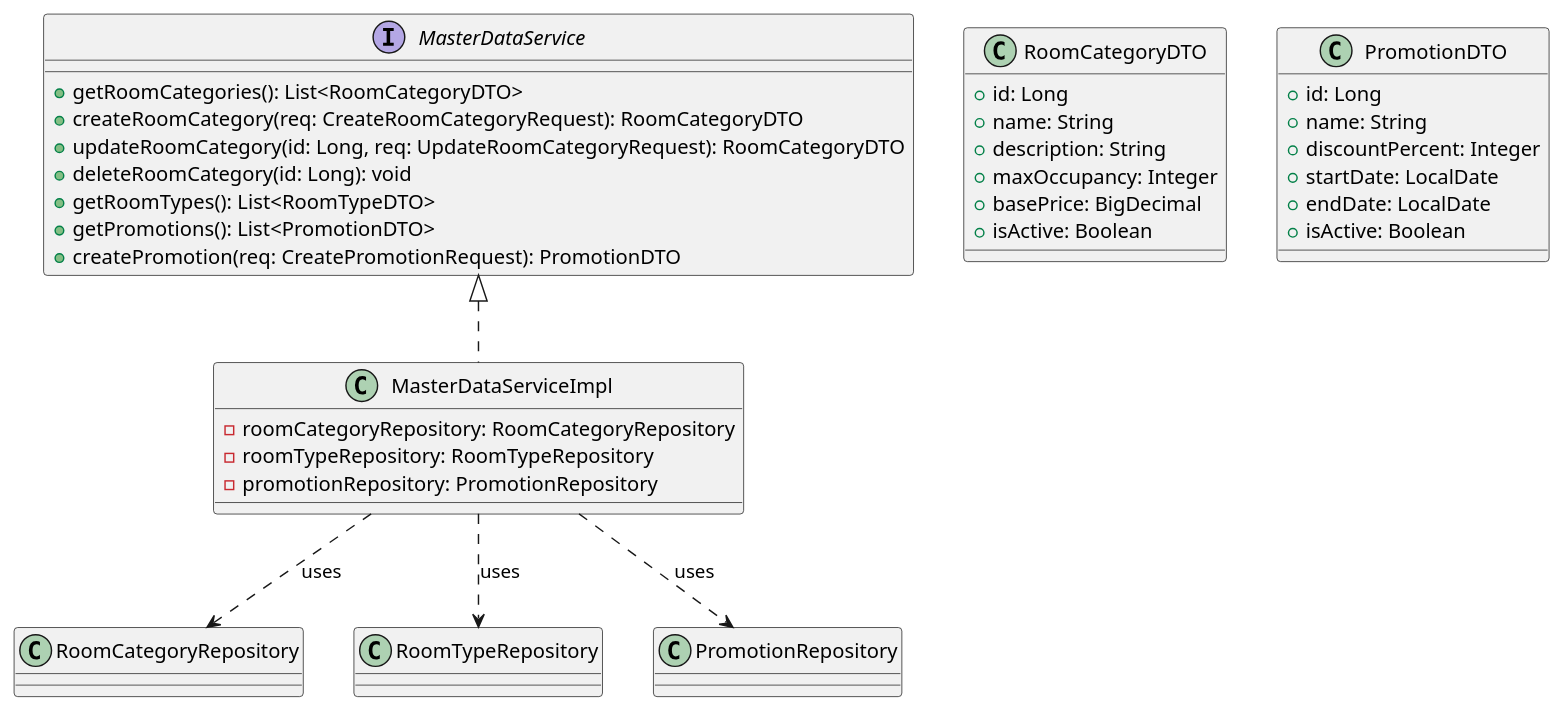
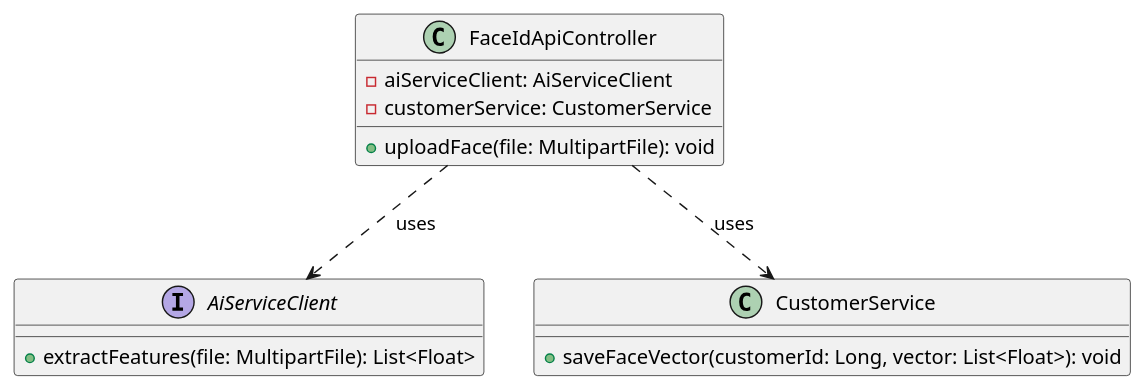
Before and after one commit to Luuxinhxinh/hoanien-resort: the first of 2 diagrams in 06-Testing/mod1_auth/uc04/EDS_uc04_SPEC.md, drawn with PlantUML. The commit also changed other lines of this file and 81 other files, not shown here.

````diff
--- a/06-Testing/mod1_auth/uc04/EDS_uc04_SPEC.md
+++ b/06-Testing/mod1_auth/uc04/EDS_uc04_SPEC.md
@@ -116,41 +111,20 @@
 ```plantuml
 @startuml
-interface MasterDataService {
-  +getRoomCategories(): List<RoomCategoryDTO>
-  +createRoomCategory(req: CreateRoomCategoryRequest): RoomCategoryDTO
-  +updateRoomCategory(id: Long, req: UpdateRoomCategoryRequest): RoomCategoryDTO
-  +deleteRoomCategory(id: Long): void
-  +getRoomTypes(): List<RoomTypeDTO>
-  +getPromotions(): List<PromotionDTO>
-  +createPromotion(req: CreatePromotionRequest): PromotionDTO
+interface AiServiceClient {
+  +extractFeatures(file: MultipartFile): List<Float>
 }
 
-class MasterDataServiceImpl implements MasterDataService {
-  -roomCategoryRepository: RoomCategoryRepository
-  -roomTypeRepository: RoomTypeRepository
-  -promotionRepository: PromotionRepository
+class FaceIdApiController {
+  -aiServiceClient: AiServiceClient
+  -customerService: CustomerService
+  +uploadFace(file: MultipartFile): void
 }
 
-class RoomCategoryDTO {
-  +id: Long
-  +name: String
-  +description: String
-  +maxOccupancy: Integer
-  +basePrice: BigDecimal
-  +isActive: Boolean
+class CustomerService {
+  +saveFaceVector(customerId: Long, vector: List<Float>): void
 }
 
-class PromotionDTO {
-  +id: Long
-  +name: String
-  +discountPercent: Integer
-  +startDate: LocalDate
-  +endDate: LocalDate
-  +isActive: Boolean
-}
-
-MasterDataServiceImpl ..> RoomCategoryRepository : uses
-MasterDataServiceImpl ..> RoomTypeRepository : uses
-MasterDataServiceImpl ..> PromotionRepository : uses
+FaceIdApiController ..> AiServiceClient : uses
+FaceIdApiController ..> CustomerService : uses
 @enduml
 ```
````
